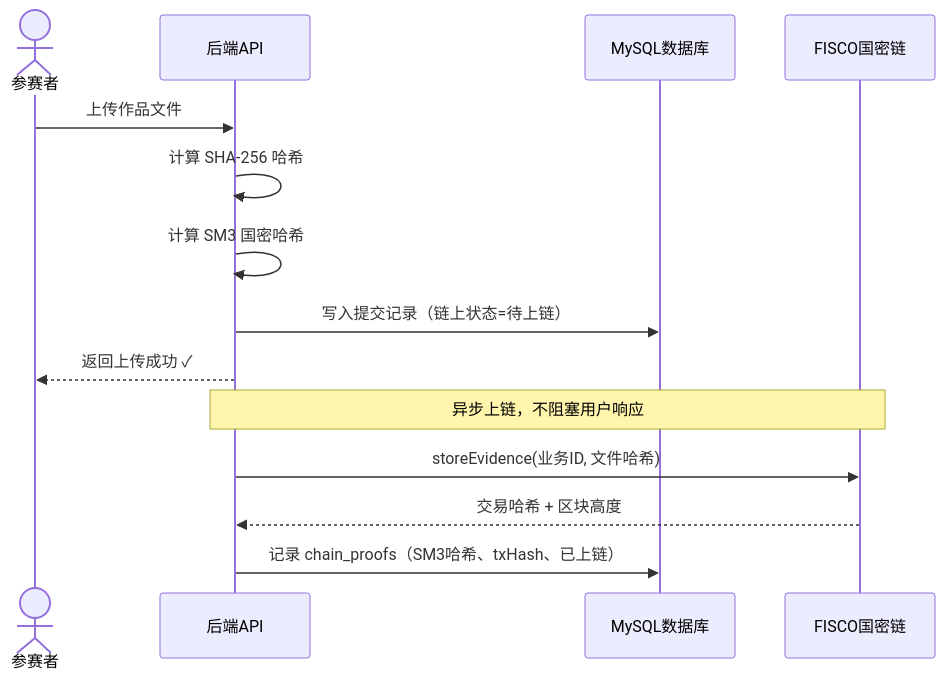
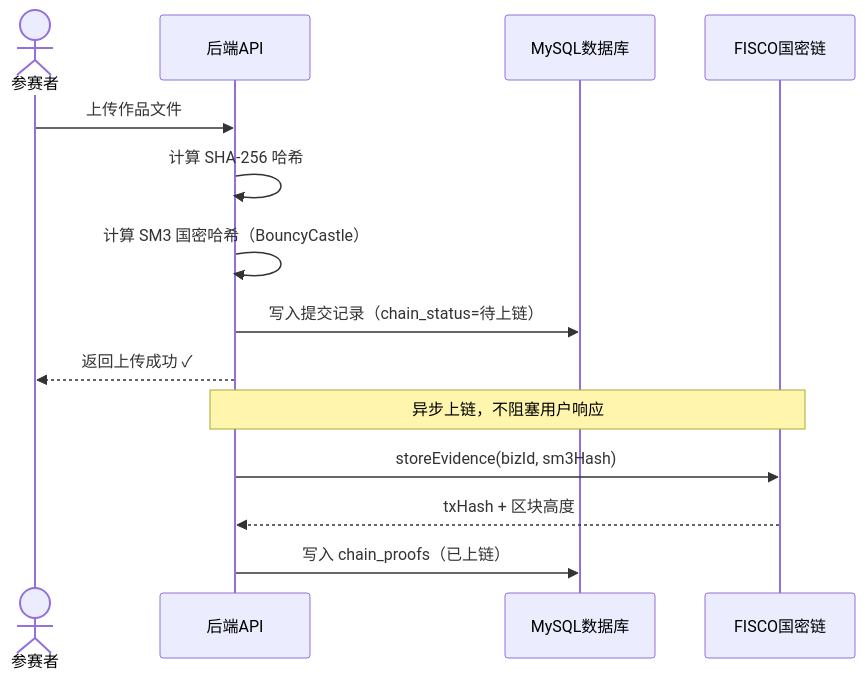
Before and after one commit to zzzzzzzzzzhy/zk_fisco_platform: the second of 4 diagrams in README.md, drawn with Mermaid. The commit also changed other lines of this file, not shown here.

````diff
--- a/README.md
+++ b/README.md
@@ -77,18 +82,18 @@
 ```mermaid
 sequenceDiagram
     actor 参赛者
     participant 后端API
     participant MySQL数据库
     participant FISCO国密链
 
     参赛者->>后端API: 上传作品文件
     后端API->>后端API: 计算 SHA-256 哈希
-    后端API->>后端API: 计算 SM3 国密哈希
-    后端API->>MySQL数据库: 写入提交记录（链上状态=待上链）
+    后端API->>后端API: 计算 SM3 国密哈希（BouncyCastle）
+    后端API->>MySQL数据库: 写入提交记录（chain_status=待上链）
     后端API-->>参赛者: 返回上传成功 ✓
 
     Note over 后端API,FISCO国密链: 异步上链，不阻塞用户响应
-    后端API->>FISCO国密链: storeEvidence(业务ID, 文件哈希)
-    FISCO国密链-->>后端API: 交易哈希 + 区块高度
-    后端API->>MySQL数据库: 记录 chain_proofs（SM3哈希、txHash、已上链）
+    后端API->>FISCO国密链: storeEvidence(bizId, sm3Hash)
+    FISCO国密链-->>后端API: txHash + 区块高度
+    后端API->>MySQL数据库: 写入 chain_proofs（已上链）
 ```
````
